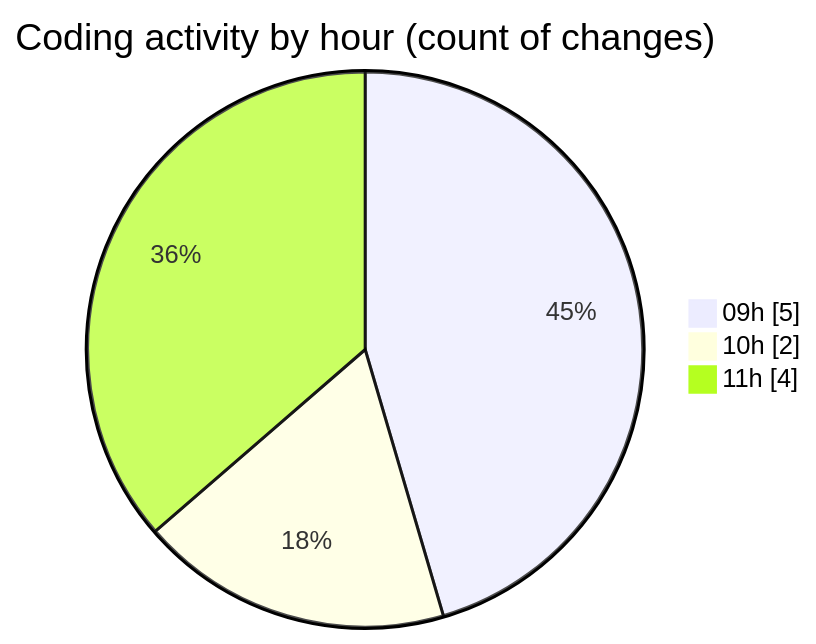
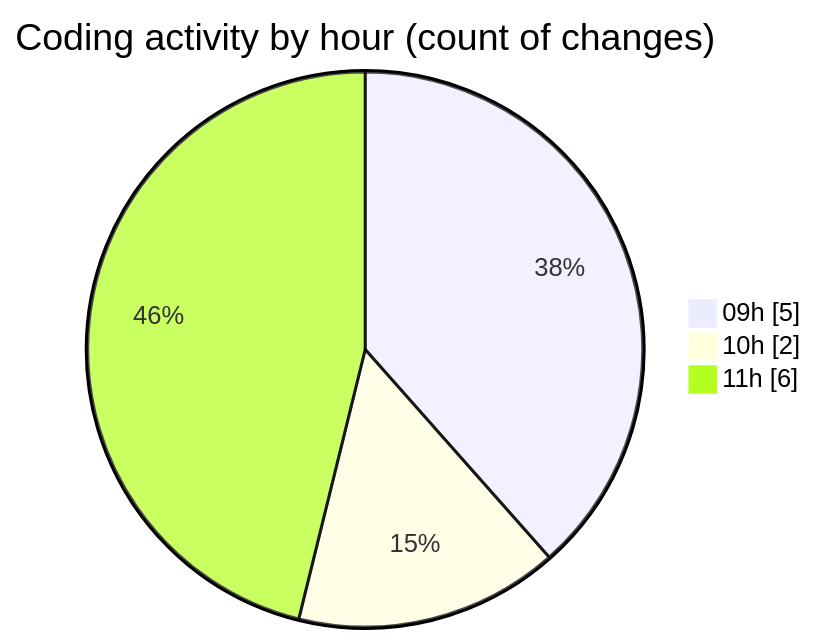
The second of 2 diagrams in 2026-03-11/cda/README.md (momahboobian/code-tracking), drawn with Mermaid before and after one commit. The commit also changed other lines of this file and 1 other file, not shown here.

````diff
--- a/2026-03-11/cda/README.md
+++ b/2026-03-11/cda/README.md
@@ -34,7 +36,7 @@
 ```mermaid
 pie showData
 title Coding activity by hour (count of changes)
 "09h" : 5
 "10h" : 2
-"11h" : 4
+"11h" : 6
 ```
````
